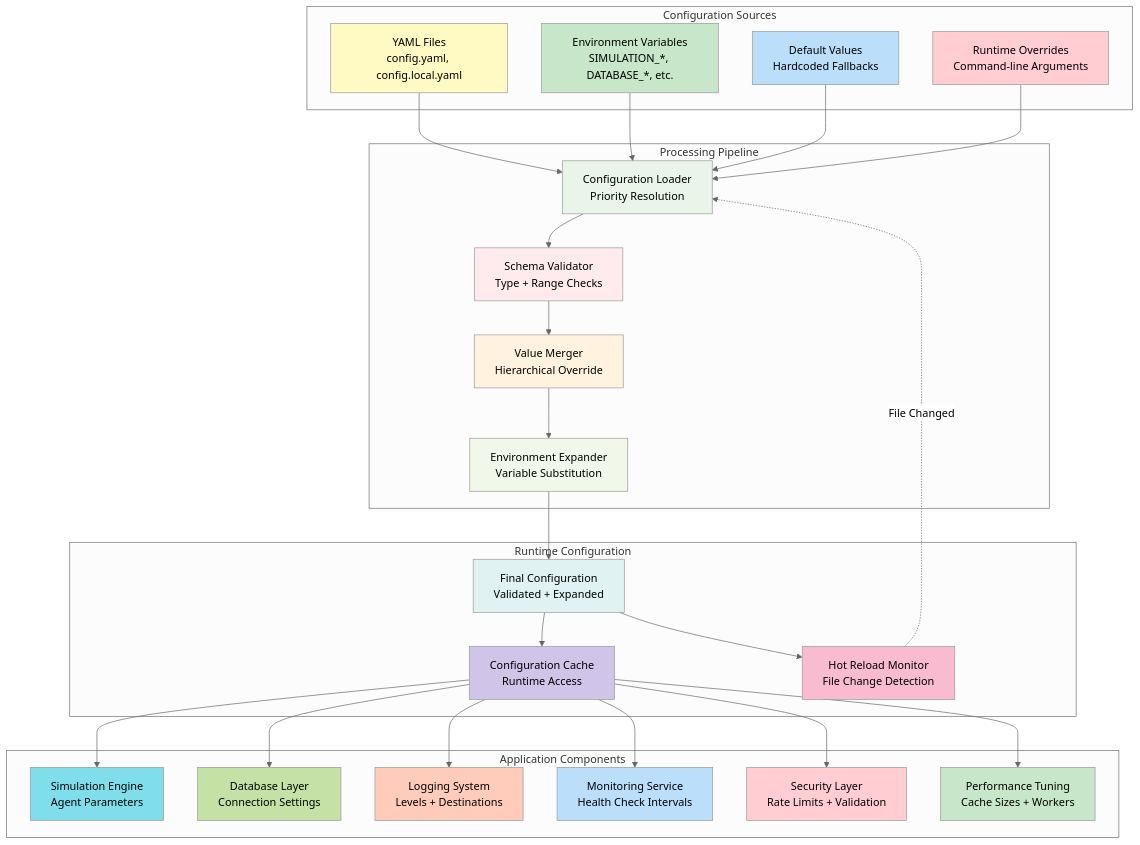
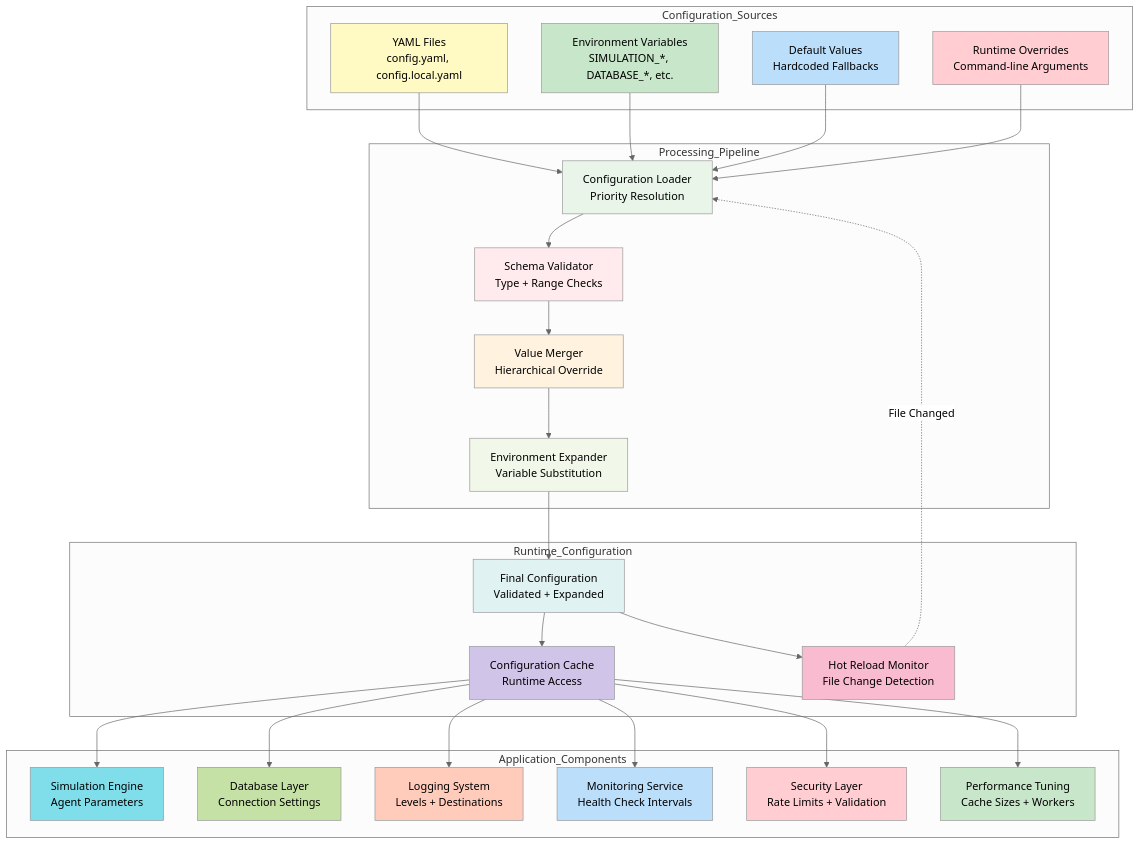
One commit to tanm-sys/build changed the sixth of 11 diagrams in decentralized-ai-simulation/docs/PROJECT_OVERVIEW.md. Above: the diagram before and after it, drawn with Mermaid (neutral theme). The commit also changed other lines of this file and 5 other files, not shown here.

Commit message:
Fix Mermaid diagram parse errors in Markdown files (resolve LINK token issues on line 29 and others)

````diff
--- a/decentralized-ai-simulation/docs/PROJECT_OVERVIEW.md
+++ b/decentralized-ai-simulation/docs/PROJECT_OVERVIEW.md
@@ -637,71 +637,71 @@
 ```mermaid
 flowchart TD
-    subgraph "Configuration Sources"
+    subgraph "Configuration_Sources"
         YAML[YAML Files<br/>config.yaml, config.local.yaml]
         ENV[Environment Variables<br/>SIMULATION_*, DATABASE_*, etc.]
         DEFAULTS[Default Values<br/>Hardcoded Fallbacks]
         RUNTIME[Runtime Overrides<br/>Command-line Arguments]
     end
 
-    subgraph "Processing Pipeline"
+    subgraph "Processing_Pipeline"
         LOADER[Configuration Loader<br/>Priority Resolution]
         VALIDATOR[Schema Validator<br/>Type + Range Checks]
         MERGER[Value Merger<br/>Hierarchical Override]
         EXPANDER[Environment Expander<br/>Variable Substitution]
     end
 
-    subgraph "Runtime Configuration"
+    subgraph "Runtime_Configuration"
         CONFIG[Final Configuration<br/>Validated + Expanded]
         CACHE[Configuration Cache<br/>Runtime Access]
         HOT_RELOAD[Hot Reload Monitor<br/>File Change Detection]
     end
 
-    subgraph "Application Components"
+    subgraph "Application_Components"
         SIMULATION[Simulation Engine<br/>Agent Parameters]
         DATABASE[Database Layer<br/>Connection Settings]
         LOGGING[Logging System<br/>Levels + Destinations]
         MONITORING[Monitoring Service<br/>Health Check Intervals]
         SECURITY[Security Layer<br/>Rate Limits + Validation]
         PERFORMANCE[Performance Tuning<br/>Cache Sizes + Workers]
     end
 
     YAML --> LOADER
     ENV --> LOADER
     DEFAULTS --> LOADER
     RUNTIME --> LOADER
 
     LOADER --> VALIDATOR
     VALIDATOR --> MERGER
     MERGER --> EXPANDER
     EXPANDER --> CONFIG
 
     CONFIG --> CACHE
     CONFIG --> HOT_RELOAD
 
     CACHE --> SIMULATION
     CACHE --> DATABASE
     CACHE --> LOGGING
     CACHE --> MONITORING
     CACHE --> SECURITY
     CACHE --> PERFORMANCE
 
     HOT_RELOAD -.->|File Changed| LOADER
 
     style YAML fill:#fff9c4
     style ENV fill:#c8e6c9
     style DEFAULTS fill:#bbdefb
     style RUNTIME fill:#ffcdd2
     style LOADER fill:#e8f5e8
     style VALIDATOR fill:#ffebee
     style MERGER fill:#fff3e0
     style EXPANDER fill:#f1f8e9
     style CONFIG fill:#e0f2f1
     style CACHE fill:#d1c4e9
     style HOT_RELOAD fill:#f8bbd0
     style SIMULATION fill:#80deea
     style DATABASE fill:#c5e1a5
     style LOGGING fill:#ffccbc
     style MONITORING fill:#bbdefb
     style SECURITY fill:#ffcdd2
     style PERFORMANCE fill:#c8e6c9
 ```
````
